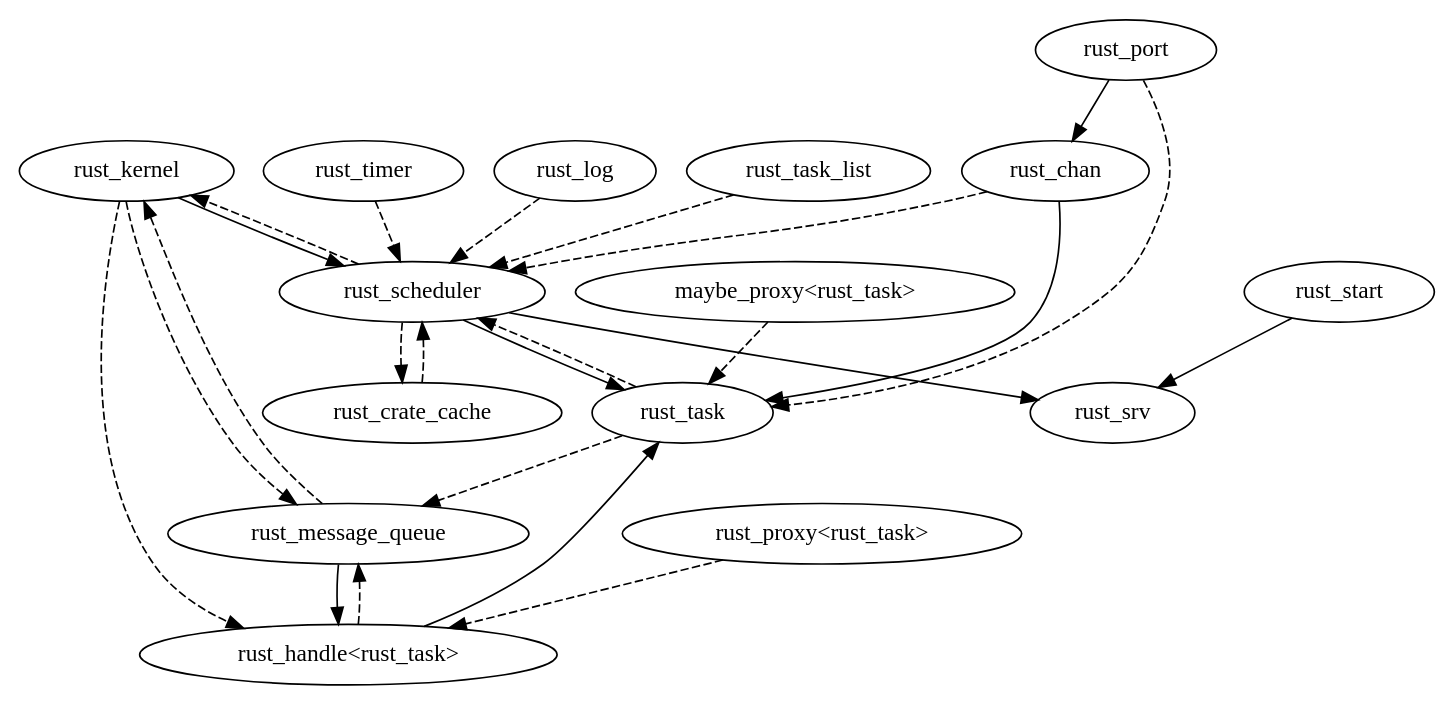
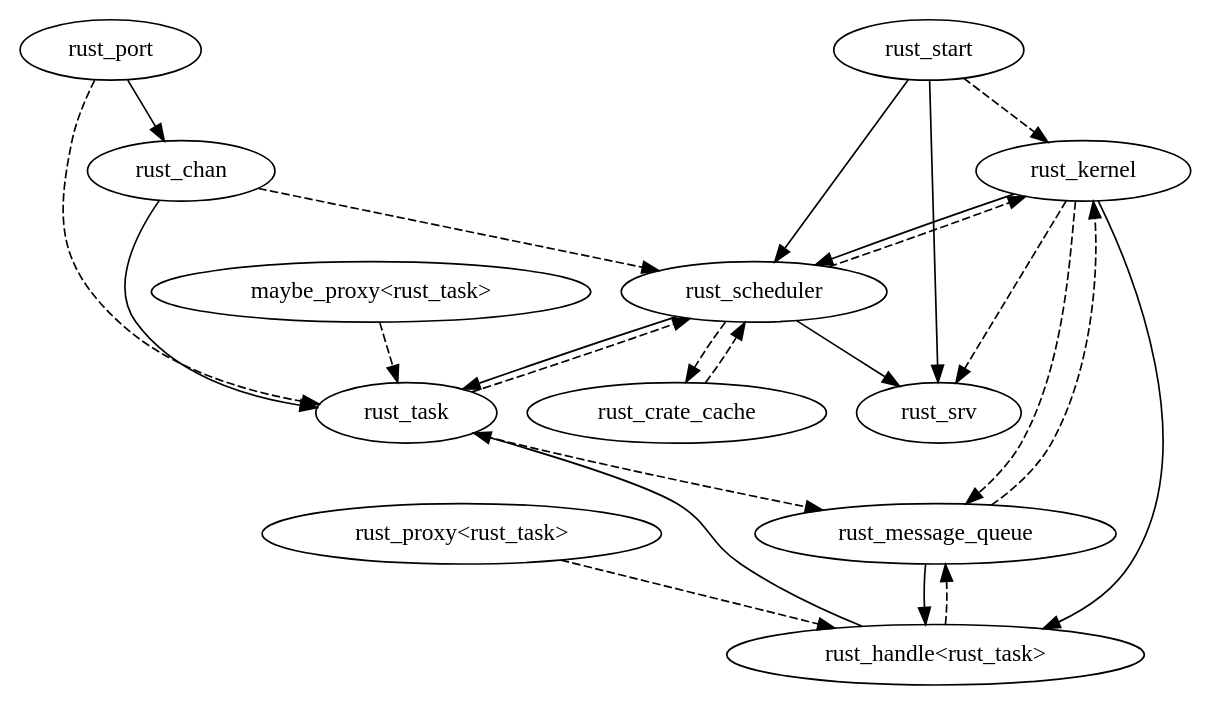
The diagram in doc/rt_refs.dot (eholk/rust), drawn with Graphviz before and after one commit. The commit also changed 10 other files, not shown here.

```diff
--- a/doc/rt_refs.dot
+++ b/doc/rt_refs.dot
@@ -1,40 +1,43 @@
 // An incomplete graph of what objects hold references to what
 // objects. This should either be a DAG or we should have special
 // handling in place to break cycles.
 
 // Solid lines indicate a ref counting reference, dashed lines are
 // non-ref counting references. The solid lines should be acyclic (or
 // care should be taken care to break the cycles), and the lifetime
 // for dashed references needs to be contained by a dotted
 // reference. I think this more or less means that cycles including
 // dashed lines need to be dominated by some incoming solid line.
 
 digraph "Rust Runtime Reference Structure" {
     rust_kernel -> rust_scheduler;
-    rust_kernel -> "rust_handle<rust_task>" [style=dashed];
+    rust_kernel -> "rust_handle<rust_task>";
     rust_message_queue -> "rust_handle<rust_task>";
     "rust_handle<rust_task>" -> rust_task;
     rust_task -> rust_message_queue [style=dashed];
     rust_scheduler -> rust_task;
     "maybe_proxy<rust_task>" -> rust_task [style=dashed];
     "rust_proxy<rust_task>" -> "rust_handle<rust_task>" [style=dashed];
     rust_task -> rust_scheduler [style=dashed];
     rust_crate_cache -> rust_scheduler [style=dashed];
     rust_scheduler -> rust_crate_cache [style=dashed];
     rust_scheduler -> rust_kernel [style=dashed];
     // rust_timer is dead code for the moment.
-    rust_timer -> rust_scheduler [style=dashed];
+    //rust_timer -> rust_scheduler [style=dashed];
     rust_chan -> rust_scheduler [style=dashed];
-    rust_log -> rust_scheduler [style=dashed];
+    //rust_log -> rust_scheduler [style=dashed];
     // The scheduler contains three of these, but not as references
-    rust_task_list -> rust_scheduler [style=dashed];
+    //rust_task_list -> rust_scheduler [style=dashed];
     rust_message_queue -> rust_kernel [style=dashed];
     "rust_handle<rust_task>" -> rust_message_queue [style=dashed];
     rust_chan -> rust_task;
     rust_port -> rust_chan;
     rust_port -> rust_task [style=dashed];
     rust_kernel -> rust_message_queue [style=dashed];
     rust_start -> rust_srv;
     rust_scheduler -> rust_srv;
+    rust_start -> rust_kernel [style=dashed];
+    rust_start -> rust_scheduler;
+    rust_kernel -> rust_srv [style=dashed];
     
 }
```
